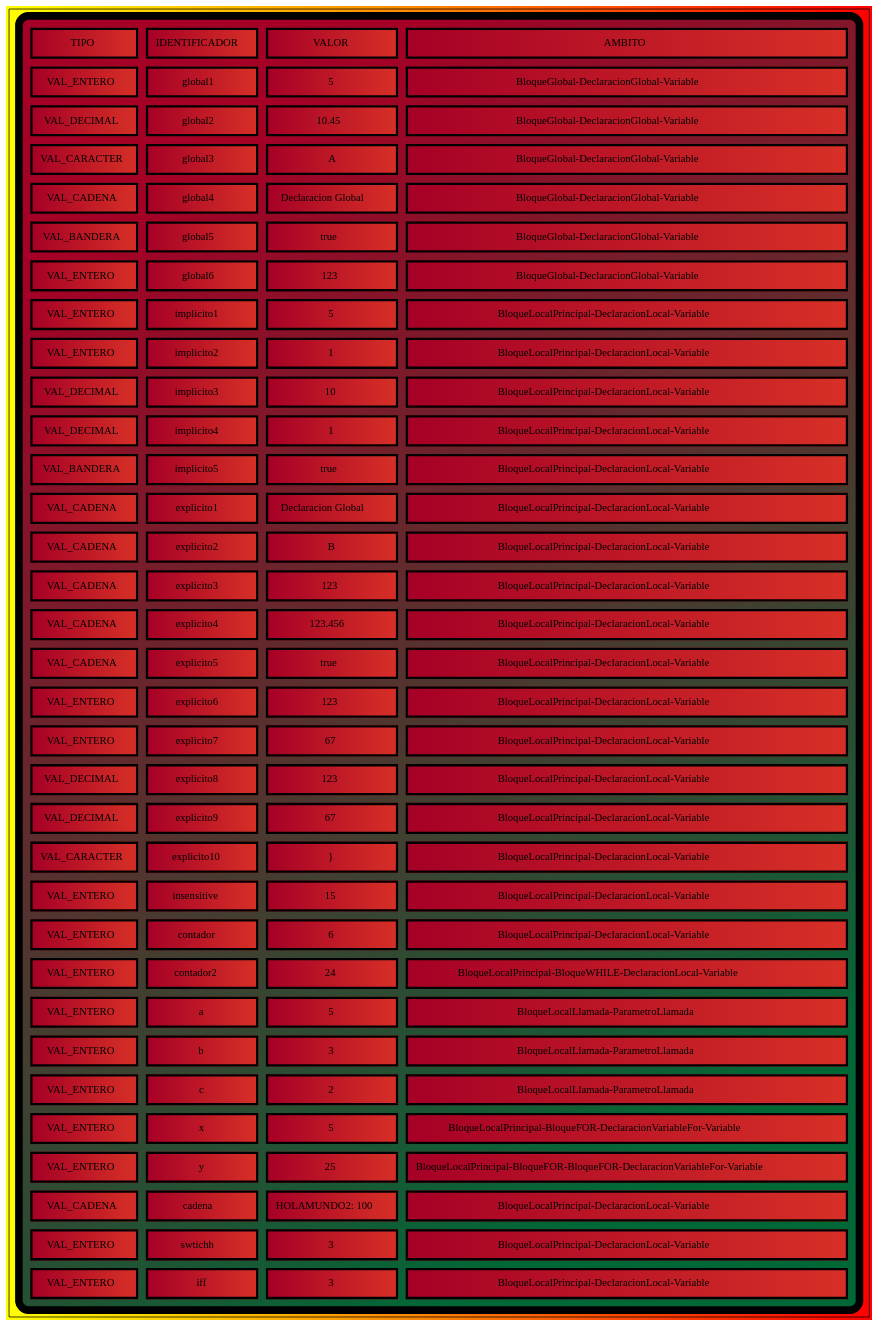
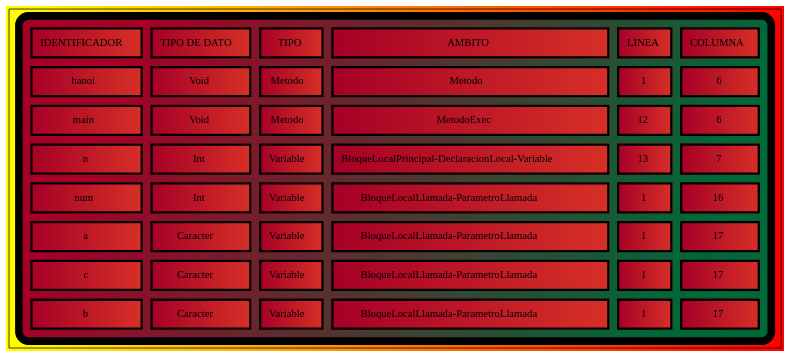
Before and after one commit to cocacore7/OLC1-Proyecto2-201908335: the diagram in backend/routes/arbol/TS.dot, drawn with Graphviz. The commit also changed 6 other files, not shown here.

```diff
--- a/backend/routes/arbol/TS.dot
+++ b/backend/routes/arbol/TS.dot
@@ -3,202 +3,68 @@
 a0 [label=<
 <TABLE border="10" cellspacing="10" cellpadding="10" style="rounded" bgcolor="/rdylgn11/1:/rdylgn11/11" gradientangle="315">
 <TR>
+<TD border="3"  bgcolor="/rdylgn11/1:/rdylgn11/2">IDENTIFICADOR</TD>
+<TD border="3"  bgcolor="/rdylgn11/1:/rdylgn11/2">TIPO DE DATO</TD>
 <TD border="3"  bgcolor="/rdylgn11/1:/rdylgn11/2">TIPO</TD>
-<TD border="3"  bgcolor="/rdylgn11/1:/rdylgn11/2">IDENTIFICADOR</TD>
-<TD border="3"  bgcolor="/rdylgn11/1:/rdylgn11/2">VALOR</TD>
 <TD border="3"  bgcolor="/rdylgn11/1:/rdylgn11/2">AMBITO</TD>
+<TD border="3"  bgcolor="/rdylgn11/1:/rdylgn11/2">LINEA</TD>
+<TD border="3"  bgcolor="/rdylgn11/1:/rdylgn11/2">COLUMNA</TD>
 </TR>
 <TR>
-<TD border="3"  bgcolor="/rdylgn11/1:/rdylgn11/2">VAL_ENTERO</TD>
-<TD border="3"  bgcolor="/rdylgn11/1:/rdylgn11/2">global1</TD>
-<TD border="3"  bgcolor="/rdylgn11/1:/rdylgn11/2">5</TD>
-<TD border="3"  bgcolor="/rdylgn11/1:/rdylgn11/2">BloqueGlobal-DeclaracionGlobal-Variable</TD>
+<TD border="3"  bgcolor="/rdylgn11/1:/rdylgn11/2">hanoi</TD>
+<TD border="3"  bgcolor="/rdylgn11/1:/rdylgn11/2">Void</TD>
+<TD border="3"  bgcolor="/rdylgn11/1:/rdylgn11/2">Metodo</TD>
+<TD border="3"  bgcolor="/rdylgn11/1:/rdylgn11/2">Metodo</TD>
+<TD border="3"  bgcolor="/rdylgn11/1:/rdylgn11/2">1</TD>
+<TD border="3"  bgcolor="/rdylgn11/1:/rdylgn11/2">6</TD>
 </TR>
 <TR>
-<TD border="3"  bgcolor="/rdylgn11/1:/rdylgn11/2">VAL_DECIMAL</TD>
-<TD border="3"  bgcolor="/rdylgn11/1:/rdylgn11/2">global2</TD>
-<TD border="3"  bgcolor="/rdylgn11/1:/rdylgn11/2">10.45</TD>
-<TD border="3"  bgcolor="/rdylgn11/1:/rdylgn11/2">BloqueGlobal-DeclaracionGlobal-Variable</TD>
+<TD border="3"  bgcolor="/rdylgn11/1:/rdylgn11/2">main</TD>
+<TD border="3"  bgcolor="/rdylgn11/1:/rdylgn11/2">Void</TD>
+<TD border="3"  bgcolor="/rdylgn11/1:/rdylgn11/2">Metodo</TD>
+<TD border="3"  bgcolor="/rdylgn11/1:/rdylgn11/2">MetodoExec</TD>
+<TD border="3"  bgcolor="/rdylgn11/1:/rdylgn11/2">12</TD>
+<TD border="3"  bgcolor="/rdylgn11/1:/rdylgn11/2">6</TD>
 </TR>
 <TR>
-<TD border="3"  bgcolor="/rdylgn11/1:/rdylgn11/2">VAL_CARACTER</TD>
-<TD border="3"  bgcolor="/rdylgn11/1:/rdylgn11/2">global3</TD>
-<TD border="3"  bgcolor="/rdylgn11/1:/rdylgn11/2">A</TD>
-<TD border="3"  bgcolor="/rdylgn11/1:/rdylgn11/2">BloqueGlobal-DeclaracionGlobal-Variable</TD>
+<TD border="3"  bgcolor="/rdylgn11/1:/rdylgn11/2">n</TD>
+<TD border="3"  bgcolor="/rdylgn11/1:/rdylgn11/2">Int</TD>
+<TD border="3"  bgcolor="/rdylgn11/1:/rdylgn11/2">Variable</TD>
+<TD border="3"  bgcolor="/rdylgn11/1:/rdylgn11/2">BloqueLocalPrincipal-DeclaracionLocal-Variable</TD>
+<TD border="3"  bgcolor="/rdylgn11/1:/rdylgn11/2">13</TD>
+<TD border="3"  bgcolor="/rdylgn11/1:/rdylgn11/2">7</TD>
 </TR>
 <TR>
-<TD border="3"  bgcolor="/rdylgn11/1:/rdylgn11/2">VAL_CADENA</TD>
-<TD border="3"  bgcolor="/rdylgn11/1:/rdylgn11/2">global4</TD>
-<TD border="3"  bgcolor="/rdylgn11/1:/rdylgn11/2">Declaracion Global</TD>
-<TD border="3"  bgcolor="/rdylgn11/1:/rdylgn11/2">BloqueGlobal-DeclaracionGlobal-Variable</TD>
+<TD border="3"  bgcolor="/rdylgn11/1:/rdylgn11/2">num</TD>
+<TD border="3"  bgcolor="/rdylgn11/1:/rdylgn11/2">Int</TD>
+<TD border="3"  bgcolor="/rdylgn11/1:/rdylgn11/2">Variable</TD>
+<TD border="3"  bgcolor="/rdylgn11/1:/rdylgn11/2">BloqueLocalLlamada-ParametroLlamada</TD>
+<TD border="3"  bgcolor="/rdylgn11/1:/rdylgn11/2">1</TD>
+<TD border="3"  bgcolor="/rdylgn11/1:/rdylgn11/2">16</TD>
 </TR>
 <TR>
-<TD border="3"  bgcolor="/rdylgn11/1:/rdylgn11/2">VAL_BANDERA</TD>
-<TD border="3"  bgcolor="/rdylgn11/1:/rdylgn11/2">global5</TD>
-<TD border="3"  bgcolor="/rdylgn11/1:/rdylgn11/2">true</TD>
-<TD border="3"  bgcolor="/rdylgn11/1:/rdylgn11/2">BloqueGlobal-DeclaracionGlobal-Variable</TD>
+<TD border="3"  bgcolor="/rdylgn11/1:/rdylgn11/2">a</TD>
+<TD border="3"  bgcolor="/rdylgn11/1:/rdylgn11/2">Caracter</TD>
+<TD border="3"  bgcolor="/rdylgn11/1:/rdylgn11/2">Variable</TD>
+<TD border="3"  bgcolor="/rdylgn11/1:/rdylgn11/2">BloqueLocalLlamada-ParametroLlamada</TD>
+<TD border="3"  bgcolor="/rdylgn11/1:/rdylgn11/2">1</TD>
+<TD border="3"  bgcolor="/rdylgn11/1:/rdylgn11/2">17</TD>
 </TR>
 <TR>
-<TD border="3"  bgcolor="/rdylgn11/1:/rdylgn11/2">VAL_ENTERO</TD>
-<TD border="3"  bgcolor="/rdylgn11/1:/rdylgn11/2">global6</TD>
-<TD border="3"  bgcolor="/rdylgn11/1:/rdylgn11/2">123</TD>
-<TD border="3"  bgcolor="/rdylgn11/1:/rdylgn11/2">BloqueGlobal-DeclaracionGlobal-Variable</TD>
+<TD border="3"  bgcolor="/rdylgn11/1:/rdylgn11/2">c</TD>
+<TD border="3"  bgcolor="/rdylgn11/1:/rdylgn11/2">Caracter</TD>
+<TD border="3"  bgcolor="/rdylgn11/1:/rdylgn11/2">Variable</TD>
+<TD border="3"  bgcolor="/rdylgn11/1:/rdylgn11/2">BloqueLocalLlamada-ParametroLlamada</TD>
+<TD border="3"  bgcolor="/rdylgn11/1:/rdylgn11/2">1</TD>
+<TD border="3"  bgcolor="/rdylgn11/1:/rdylgn11/2">17</TD>
 </TR>
 <TR>
-<TD border="3"  bgcolor="/rdylgn11/1:/rdylgn11/2">VAL_ENTERO</TD>
-<TD border="3"  bgcolor="/rdylgn11/1:/rdylgn11/2">implicito1</TD>
-<TD border="3"  bgcolor="/rdylgn11/1:/rdylgn11/2">5</TD>
-<TD border="3"  bgcolor="/rdylgn11/1:/rdylgn11/2">BloqueLocalPrincipal-DeclaracionLocal-Variable</TD>
-</TR>
-<TR>
-<TD border="3"  bgcolor="/rdylgn11/1:/rdylgn11/2">VAL_ENTERO</TD>
-<TD border="3"  bgcolor="/rdylgn11/1:/rdylgn11/2">implicito2</TD>
+<TD border="3"  bgcolor="/rdylgn11/1:/rdylgn11/2">b</TD>
+<TD border="3"  bgcolor="/rdylgn11/1:/rdylgn11/2">Caracter</TD>
+<TD border="3"  bgcolor="/rdylgn11/1:/rdylgn11/2">Variable</TD>
+<TD border="3"  bgcolor="/rdylgn11/1:/rdylgn11/2">BloqueLocalLlamada-ParametroLlamada</TD>
 <TD border="3"  bgcolor="/rdylgn11/1:/rdylgn11/2">1</TD>
-<TD border="3"  bgcolor="/rdylgn11/1:/rdylgn11/2">BloqueLocalPrincipal-DeclaracionLocal-Variable</TD>
-</TR>
-<TR>
-<TD border="3"  bgcolor="/rdylgn11/1:/rdylgn11/2">VAL_DECIMAL</TD>
-<TD border="3"  bgcolor="/rdylgn11/1:/rdylgn11/2">implicito3</TD>
-<TD border="3"  bgcolor="/rdylgn11/1:/rdylgn11/2">10</TD>
-<TD border="3"  bgcolor="/rdylgn11/1:/rdylgn11/2">BloqueLocalPrincipal-DeclaracionLocal-Variable</TD>
-</TR>
-<TR>
-<TD border="3"  bgcolor="/rdylgn11/1:/rdylgn11/2">VAL_DECIMAL</TD>
-<TD border="3"  bgcolor="/rdylgn11/1:/rdylgn11/2">implicito4</TD>
-<TD border="3"  bgcolor="/rdylgn11/1:/rdylgn11/2">1</TD>
-<TD border="3"  bgcolor="/rdylgn11/1:/rdylgn11/2">BloqueLocalPrincipal-DeclaracionLocal-Variable</TD>
-</TR>
-<TR>
-<TD border="3"  bgcolor="/rdylgn11/1:/rdylgn11/2">VAL_BANDERA</TD>
-<TD border="3"  bgcolor="/rdylgn11/1:/rdylgn11/2">implicito5</TD>
-<TD border="3"  bgcolor="/rdylgn11/1:/rdylgn11/2">true</TD>
-<TD border="3"  bgcolor="/rdylgn11/1:/rdylgn11/2">BloqueLocalPrincipal-DeclaracionLocal-Variable</TD>
-</TR>
-<TR>
-<TD border="3"  bgcolor="/rdylgn11/1:/rdylgn11/2">VAL_CADENA</TD>
-<TD border="3"  bgcolor="/rdylgn11/1:/rdylgn11/2">explicito1</TD>
-<TD border="3"  bgcolor="/rdylgn11/1:/rdylgn11/2">Declaracion Global</TD>
-<TD border="3"  bgcolor="/rdylgn11/1:/rdylgn11/2">BloqueLocalPrincipal-DeclaracionLocal-Variable</TD>
-</TR>
-<TR>
-<TD border="3"  bgcolor="/rdylgn11/1:/rdylgn11/2">VAL_CADENA</TD>
-<TD border="3"  bgcolor="/rdylgn11/1:/rdylgn11/2">explicito2</TD>
-<TD border="3"  bgcolor="/rdylgn11/1:/rdylgn11/2">B</TD>
-<TD border="3"  bgcolor="/rdylgn11/1:/rdylgn11/2">BloqueLocalPrincipal-DeclaracionLocal-Variable</TD>
-</TR>
-<TR>
-<TD border="3"  bgcolor="/rdylgn11/1:/rdylgn11/2">VAL_CADENA</TD>
-<TD border="3"  bgcolor="/rdylgn11/1:/rdylgn11/2">explicito3</TD>
-<TD border="3"  bgcolor="/rdylgn11/1:/rdylgn11/2">123</TD>
-<TD border="3"  bgcolor="/rdylgn11/1:/rdylgn11/2">BloqueLocalPrincipal-DeclaracionLocal-Variable</TD>
-</TR>
-<TR>
-<TD border="3"  bgcolor="/rdylgn11/1:/rdylgn11/2">VAL_CADENA</TD>
-<TD border="3"  bgcolor="/rdylgn11/1:/rdylgn11/2">explicito4</TD>
-<TD border="3"  bgcolor="/rdylgn11/1:/rdylgn11/2">123.456</TD>
-<TD border="3"  bgcolor="/rdylgn11/1:/rdylgn11/2">BloqueLocalPrincipal-DeclaracionLocal-Variable</TD>
-</TR>
-<TR>
-<TD border="3"  bgcolor="/rdylgn11/1:/rdylgn11/2">VAL_CADENA</TD>
-<TD border="3"  bgcolor="/rdylgn11/1:/rdylgn11/2">explicito5</TD>
-<TD border="3"  bgcolor="/rdylgn11/1:/rdylgn11/2">true</TD>
-<TD border="3"  bgcolor="/rdylgn11/1:/rdylgn11/2">BloqueLocalPrincipal-DeclaracionLocal-Variable</TD>
-</TR>
-<TR>
-<TD border="3"  bgcolor="/rdylgn11/1:/rdylgn11/2">VAL_ENTERO</TD>
-<TD border="3"  bgcolor="/rdylgn11/1:/rdylgn11/2">explicito6</TD>
-<TD border="3"  bgcolor="/rdylgn11/1:/rdylgn11/2">123</TD>
-<TD border="3"  bgcolor="/rdylgn11/1:/rdylgn11/2">BloqueLocalPrincipal-DeclaracionLocal-Variable</TD>
-</TR>
-<TR>
-<TD border="3"  bgcolor="/rdylgn11/1:/rdylgn11/2">VAL_ENTERO</TD>
-<TD border="3"  bgcolor="/rdylgn11/1:/rdylgn11/2">explicito7</TD>
-<TD border="3"  bgcolor="/rdylgn11/1:/rdylgn11/2">67</TD>
-<TD border="3"  bgcolor="/rdylgn11/1:/rdylgn11/2">BloqueLocalPrincipal-DeclaracionLocal-Variable</TD>
-</TR>
-<TR>
-<TD border="3"  bgcolor="/rdylgn11/1:/rdylgn11/2">VAL_DECIMAL</TD>
-<TD border="3"  bgcolor="/rdylgn11/1:/rdylgn11/2">explicito8</TD>
-<TD border="3"  bgcolor="/rdylgn11/1:/rdylgn11/2">123</TD>
-<TD border="3"  bgcolor="/rdylgn11/1:/rdylgn11/2">BloqueLocalPrincipal-DeclaracionLocal-Variable</TD>
-</TR>
-<TR>
-<TD border="3"  bgcolor="/rdylgn11/1:/rdylgn11/2">VAL_DECIMAL</TD>
-<TD border="3"  bgcolor="/rdylgn11/1:/rdylgn11/2">explicito9</TD>
-<TD border="3"  bgcolor="/rdylgn11/1:/rdylgn11/2">67</TD>
-<TD border="3"  bgcolor="/rdylgn11/1:/rdylgn11/2">BloqueLocalPrincipal-DeclaracionLocal-Variable</TD>
-</TR>
-<TR>
-<TD border="3"  bgcolor="/rdylgn11/1:/rdylgn11/2">VAL_CARACTER</TD>
-<TD border="3"  bgcolor="/rdylgn11/1:/rdylgn11/2">explicito10</TD>
-<TD border="3"  bgcolor="/rdylgn11/1:/rdylgn11/2">}</TD>
-<TD border="3"  bgcolor="/rdylgn11/1:/rdylgn11/2">BloqueLocalPrincipal-DeclaracionLocal-Variable</TD>
-</TR>
-<TR>
-<TD border="3"  bgcolor="/rdylgn11/1:/rdylgn11/2">VAL_ENTERO</TD>
-<TD border="3"  bgcolor="/rdylgn11/1:/rdylgn11/2">insensitive</TD>
-<TD border="3"  bgcolor="/rdylgn11/1:/rdylgn11/2">15</TD>
-<TD border="3"  bgcolor="/rdylgn11/1:/rdylgn11/2">BloqueLocalPrincipal-DeclaracionLocal-Variable</TD>
-</TR>
-<TR>
-<TD border="3"  bgcolor="/rdylgn11/1:/rdylgn11/2">VAL_ENTERO</TD>
-<TD border="3"  bgcolor="/rdylgn11/1:/rdylgn11/2">contador</TD>
-<TD border="3"  bgcolor="/rdylgn11/1:/rdylgn11/2">6</TD>
-<TD border="3"  bgcolor="/rdylgn11/1:/rdylgn11/2">BloqueLocalPrincipal-DeclaracionLocal-Variable</TD>
-</TR>
-<TR>
-<TD border="3"  bgcolor="/rdylgn11/1:/rdylgn11/2">VAL_ENTERO</TD>
-<TD border="3"  bgcolor="/rdylgn11/1:/rdylgn11/2">contador2</TD>
-<TD border="3"  bgcolor="/rdylgn11/1:/rdylgn11/2">24</TD>
-<TD border="3"  bgcolor="/rdylgn11/1:/rdylgn11/2">BloqueLocalPrincipal-BloqueWHILE-DeclaracionLocal-Variable</TD>
-</TR>
-<TR>
-<TD border="3"  bgcolor="/rdylgn11/1:/rdylgn11/2">VAL_ENTERO</TD>
-<TD border="3"  bgcolor="/rdylgn11/1:/rdylgn11/2">a</TD>
-<TD border="3"  bgcolor="/rdylgn11/1:/rdylgn11/2">5</TD>
-<TD border="3"  bgcolor="/rdylgn11/1:/rdylgn11/2">BloqueLocalLlamada-ParametroLlamada</TD>
-</TR>
-<TR>
-<TD border="3"  bgcolor="/rdylgn11/1:/rdylgn11/2">VAL_ENTERO</TD>
-<TD border="3"  bgcolor="/rdylgn11/1:/rdylgn11/2">b</TD>
-<TD border="3"  bgcolor="/rdylgn11/1:/rdylgn11/2">3</TD>
-<TD border="3"  bgcolor="/rdylgn11/1:/rdylgn11/2">BloqueLocalLlamada-ParametroLlamada</TD>
-</TR>
-<TR>
-<TD border="3"  bgcolor="/rdylgn11/1:/rdylgn11/2">VAL_ENTERO</TD>
-<TD border="3"  bgcolor="/rdylgn11/1:/rdylgn11/2">c</TD>
-<TD border="3"  bgcolor="/rdylgn11/1:/rdylgn11/2">2</TD>
-<TD border="3"  bgcolor="/rdylgn11/1:/rdylgn11/2">BloqueLocalLlamada-ParametroLlamada</TD>
-</TR>
-<TR>
-<TD border="3"  bgcolor="/rdylgn11/1:/rdylgn11/2">VAL_ENTERO</TD>
-<TD border="3"  bgcolor="/rdylgn11/1:/rdylgn11/2">x</TD>
-<TD border="3"  bgcolor="/rdylgn11/1:/rdylgn11/2">5</TD>
-<TD border="3"  bgcolor="/rdylgn11/1:/rdylgn11/2">BloqueLocalPrincipal-BloqueFOR-DeclaracionVariableFor-Variable</TD>
-</TR>
-<TR>
-<TD border="3"  bgcolor="/rdylgn11/1:/rdylgn11/2">VAL_ENTERO</TD>
-<TD border="3"  bgcolor="/rdylgn11/1:/rdylgn11/2">y</TD>
-<TD border="3"  bgcolor="/rdylgn11/1:/rdylgn11/2">25</TD>
-<TD border="3"  bgcolor="/rdylgn11/1:/rdylgn11/2">BloqueLocalPrincipal-BloqueFOR-BloqueFOR-DeclaracionVariableFor-Variable</TD>
-</TR>
-<TR>
-<TD border="3"  bgcolor="/rdylgn11/1:/rdylgn11/2">VAL_CADENA</TD>
-<TD border="3"  bgcolor="/rdylgn11/1:/rdylgn11/2">cadena</TD>
-<TD border="3"  bgcolor="/rdylgn11/1:/rdylgn11/2">HOLAMUNDO2: 100</TD>
-<TD border="3"  bgcolor="/rdylgn11/1:/rdylgn11/2">BloqueLocalPrincipal-DeclaracionLocal-Variable</TD>
-</TR>
-<TR>
-<TD border="3"  bgcolor="/rdylgn11/1:/rdylgn11/2">VAL_ENTERO</TD>
-<TD border="3"  bgcolor="/rdylgn11/1:/rdylgn11/2">swtichh</TD>
-<TD border="3"  bgcolor="/rdylgn11/1:/rdylgn11/2">3</TD>
-<TD border="3"  bgcolor="/rdylgn11/1:/rdylgn11/2">BloqueLocalPrincipal-DeclaracionLocal-Variable</TD>
-</TR>
-<TR>
-<TD border="3"  bgcolor="/rdylgn11/1:/rdylgn11/2">VAL_ENTERO</TD>
-<TD border="3"  bgcolor="/rdylgn11/1:/rdylgn11/2">iff</TD>
-<TD border="3"  bgcolor="/rdylgn11/1:/rdylgn11/2">3</TD>
-<TD border="3"  bgcolor="/rdylgn11/1:/rdylgn11/2">BloqueLocalPrincipal-DeclaracionLocal-Variable</TD>
+<TD border="3"  bgcolor="/rdylgn11/1:/rdylgn11/2">17</TD>
 </TR>
 </TABLE>>];
 }
```
